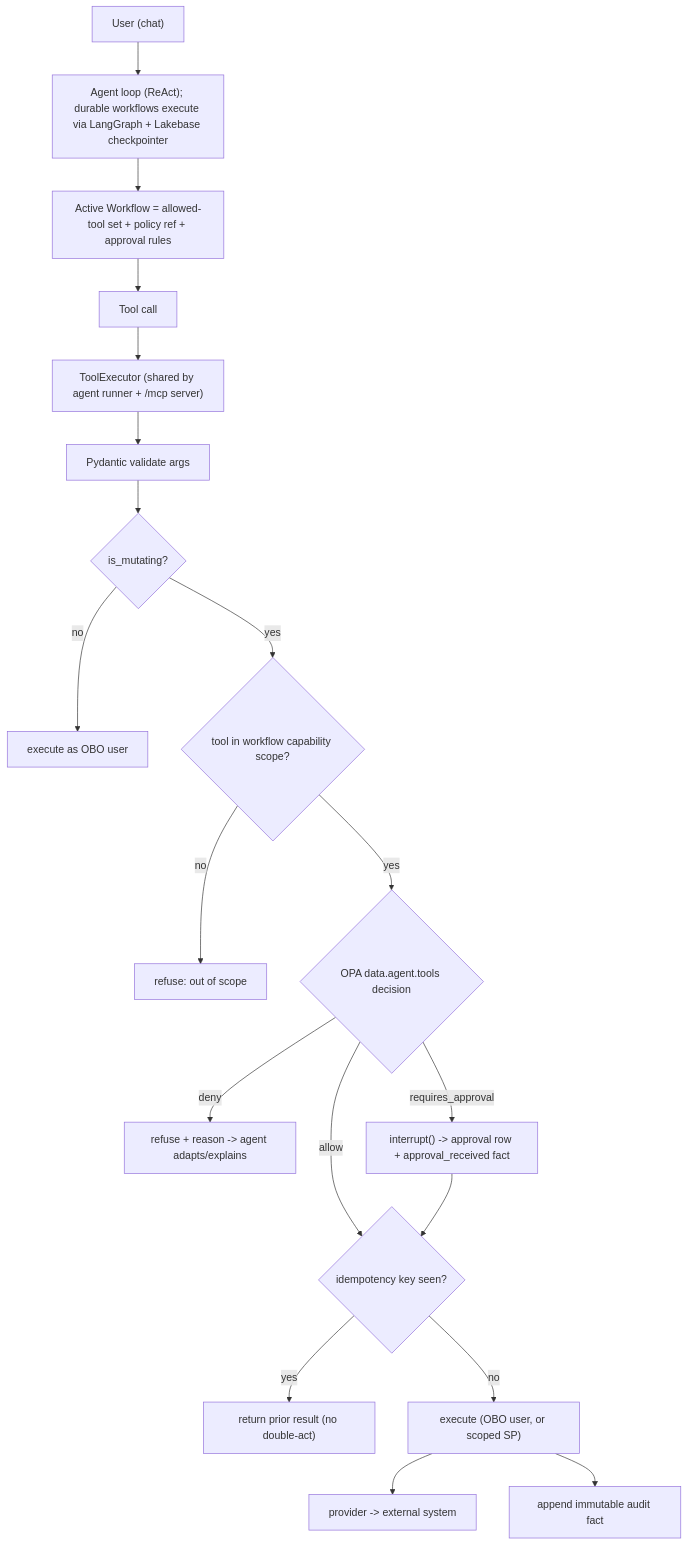
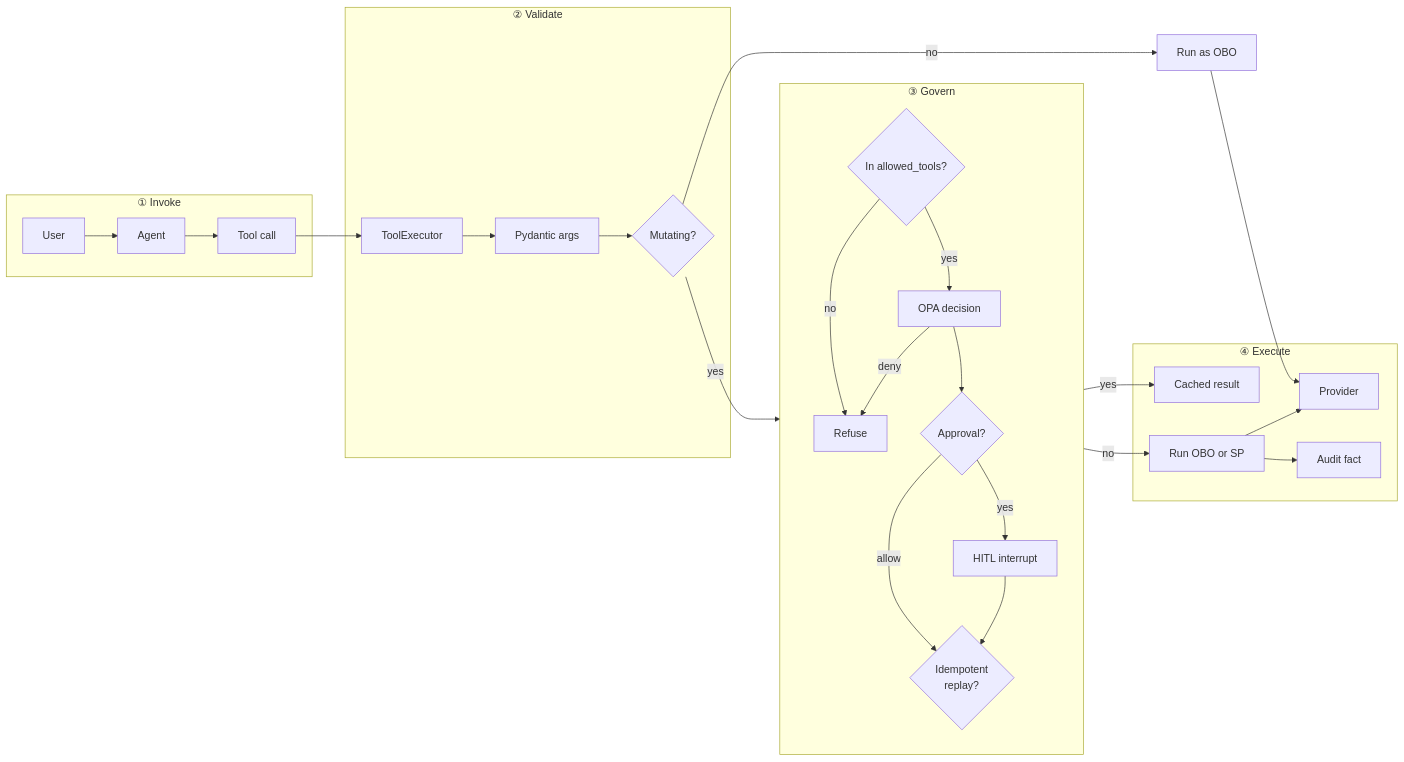
The second of 4 diagrams in docs/ARCHITECTURE.md (TaylorAHanson/ssc), drawn with Mermaid before and after one commit. The commit also changed other lines of this file and 3 other files, not shown here.

````diff
--- a/docs/ARCHITECTURE.md
+++ b/docs/ARCHITECTURE.md
@@ -51,21 +132,41 @@
 ```mermaid
-flowchart TD
-    User["User (chat)"] --> Agent["Agent loop (ReAct); durable workflows execute via LangGraph + Lakebase checkpointer"]
-    Agent --> Workflow["Active Workflow = allowed-tool set + policy ref + approval rules"]
-    Workflow --> Call["Tool call"]
-    Call --> Exec["ToolExecutor (shared by agent runner + /mcp server)"]
-    Exec --> Validate["Pydantic validate args"]
-    Validate --> Class{"is_mutating?"}
-    Class -->|no| RunRead["execute as OBO user"]
-    Class -->|yes| Scope{"tool in workflow capability scope?"}
-    Scope -->|no| Block["refuse: out of scope"]
-    Scope -->|yes| Policy{"OPA data.agent.tools decision"}
-    Policy -->|deny| Refuse["refuse + reason -> agent adapts/explains"]
-    Policy -->|requires_approval| HITL["interrupt() -> approval row + approval_received fact"]
-    Policy -->|allow| Idem{"idempotency key seen?"}
-    HITL --> Idem
-    Idem -->|yes| Cached["return prior result (no double-act)"]
-    Idem -->|no| RunWrite["execute (OBO user, or scoped SP)"]
-    RunWrite --> Prov["provider -> external system"]
-    RunWrite --> Fact["append immutable audit fact"]
+flowchart LR
+    subgraph S1["① Invoke"]
+        U[User] --> A[Agent]
+        A --> T[Tool call]
+    end
+
+    T --> X[ToolExecutor]
+
+    subgraph S2["② Validate"]
+        X --> V[Pydantic args]
+        V --> M{Mutating?}
+    end
+
+    M -->|no| R[Run as OBO]
+    R --> OUT[Provider]
+
+    M -->|yes| G
+
+    subgraph G["③ Govern"]
+        direction TB
+        SC{In allowed_tools?}
+        OP[OPA decision]
+        AP{Approval?}
+        SC -->|no| DENY[Refuse]
+        SC -->|yes| OP
+        OP -->|deny| DENY
+        OP --> AP
+        AP -->|yes| HITL[HITL interrupt]
+        AP -->|allow| E
+        HITL --> E
+    end
+
+    subgraph S4["④ Execute"]
+        E{Idempotent<br/>replay?}
+        E -->|yes| CACHED[Cached result]
+        E -->|no| RUN[Run OBO or SP]
+        RUN --> OUT
+        RUN --> FACT[Audit fact]
+    end
 ```
````
